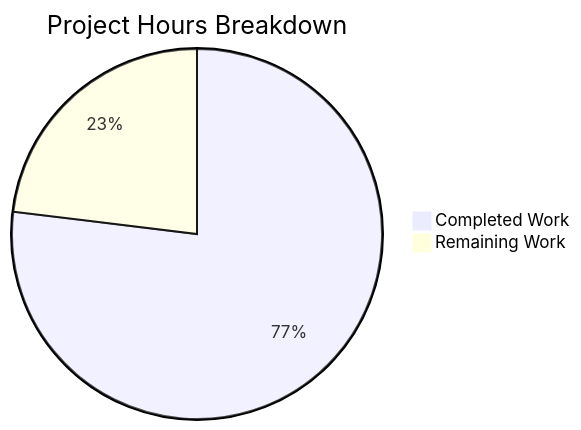
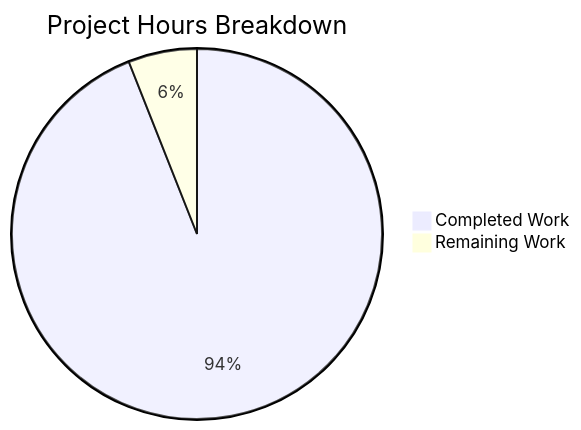
Before and after one commit to sudhanshu-spec/test-spec: the diagram in blitzy/documentation/Project Guide.md, drawn with Mermaid. The commit also changed other lines of this file, not shown here.

Commit message:
Adding Blitzy Project Guide: Project Status and Human Tasks Remaining

````diff
--- a/blitzy/documentation/Project Guide.md
+++ b/blitzy/documentation/Project Guide.md
@@ -124,5 +88,5 @@
 ```mermaid
 pie title Project Hours Breakdown
-    "Completed Work" : 40
-    "Remaining Work" : 12
+    "Completed Work" : 47
+    "Remaining Work" : 3
 ```
````
